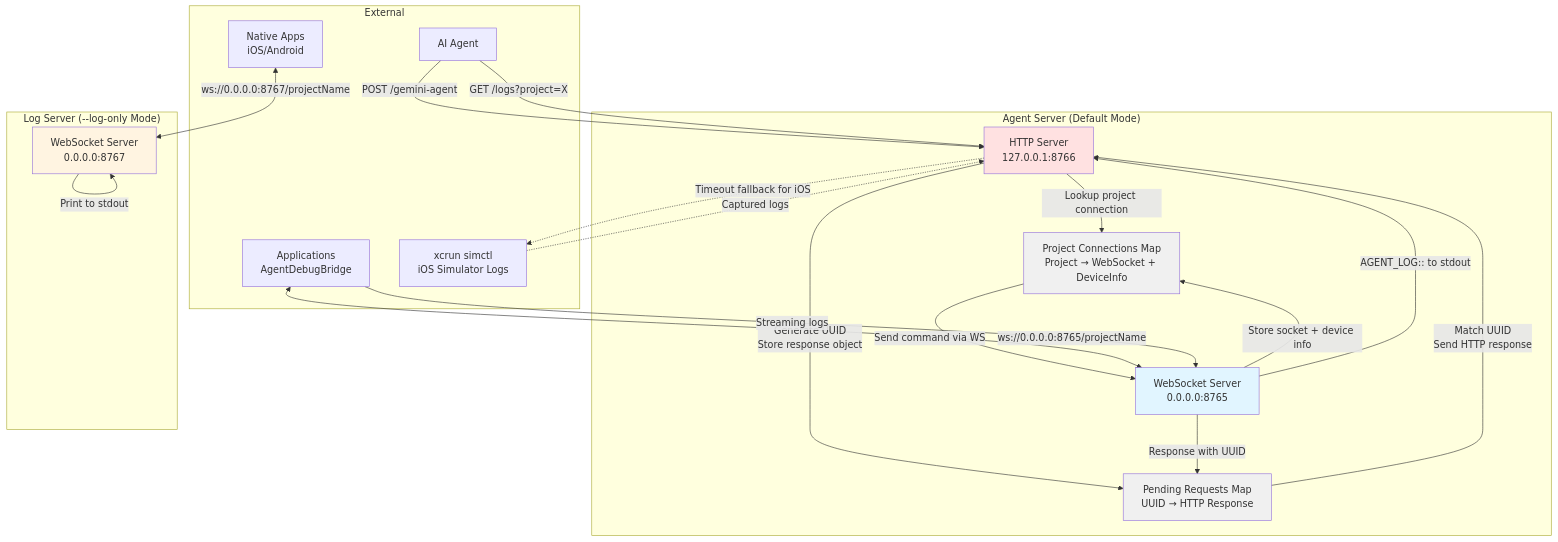
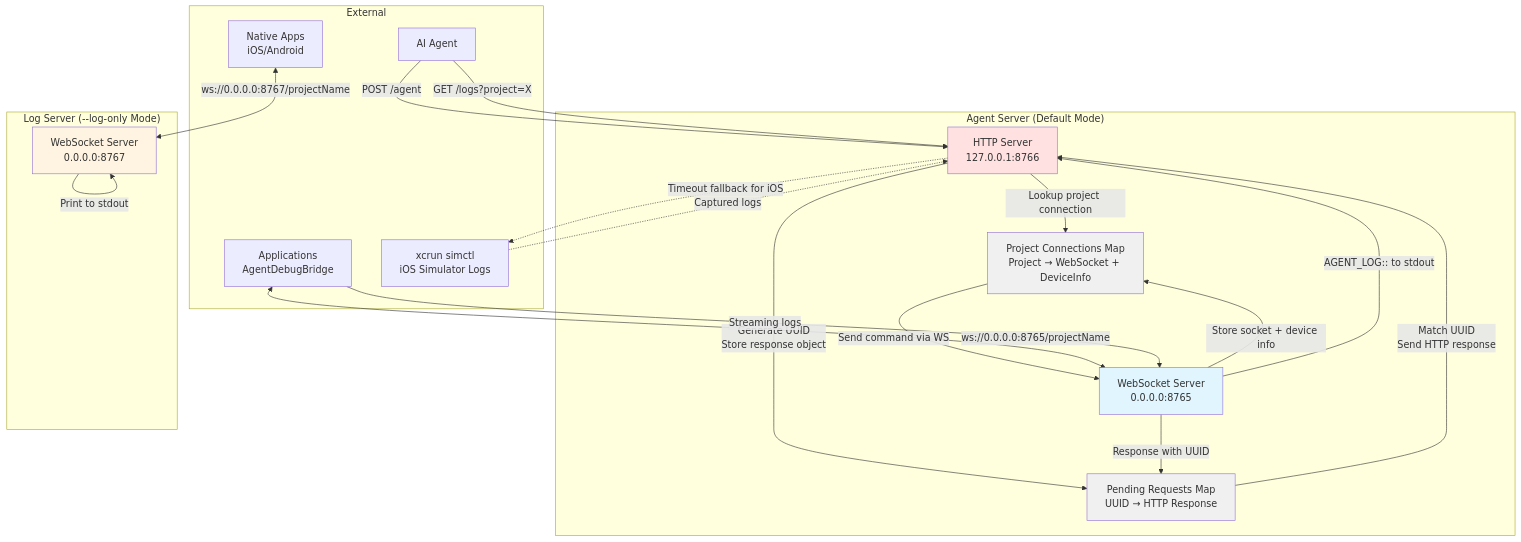
One commit to agenteract/agenteract changed the fourth of 9 diagrams in docs/ARCHITECTURE.md. Above: the diagram before and after it, drawn with Mermaid. The commit also changed other lines of this file and 6 other files, not shown here.

````diff
--- a/docs/ARCHITECTURE.md
+++ b/docs/ARCHITECTURE.md
@@ -296,48 +296,48 @@
 ```mermaid
 %%{ init : { "theme" : "default", "themeVariables" : { "background" : "#000" }}}%%
 graph TB
     subgraph "Agent Server (Default Mode)"
         HTTP[HTTP Server<br/>127.0.0.1:8766]
         WS[WebSocket Server<br/>0.0.0.0:8765]
         PENDING[Pending Requests Map<br/>UUID → HTTP Response]
         CONNECTIONS[Project Connections Map<br/>Project → WebSocket + DeviceInfo]
     end
 
     subgraph "Log Server (--log-only Mode)"
         LOGWS[WebSocket Server<br/>0.0.0.0:8767]
     end
 
     subgraph "External"
         AGENT[AI Agent]
         APP[Applications<br/>AgentDebugBridge]
         NATIVE[Native Apps<br/>iOS/Android]
         SIMCTL[xcrun simctl<br/>iOS Simulator Logs]
     end
 
-    AGENT -->|POST /gemini-agent| HTTP
+    AGENT -->|POST /agent| HTTP
     AGENT -->|GET /logs?project=X| HTTP
 
     HTTP -->|Generate UUID<br/>Store response object| PENDING
     HTTP -->|Lookup project connection| CONNECTIONS
     CONNECTIONS -->|Send command via WS| WS
 
     APP <-->|ws://0.0.0.0:8765/projectName| WS
     WS -->|Store socket + device info| CONNECTIONS
     WS -->|Response with UUID| PENDING
     PENDING -->|Match UUID<br/>Send HTTP response| HTTP
 
     APP -->|Streaming logs| WS
     WS -->|AGENT_LOG:: to stdout| HTTP
 
     NATIVE <-->|ws://0.0.0.0:8767/projectName| LOGWS
     LOGWS -->|Print to stdout| LOGWS
 
     HTTP -.->|Timeout fallback for iOS| SIMCTL
     SIMCTL -.->|Captured logs| HTTP
 
     style HTTP fill:#ffe1e1
     style WS fill:#e1f5ff
     style LOGWS fill:#fff4e1
     style PENDING fill:#f0f0f0
     style CONNECTIONS fill:#f0f0f0
 ```
````
